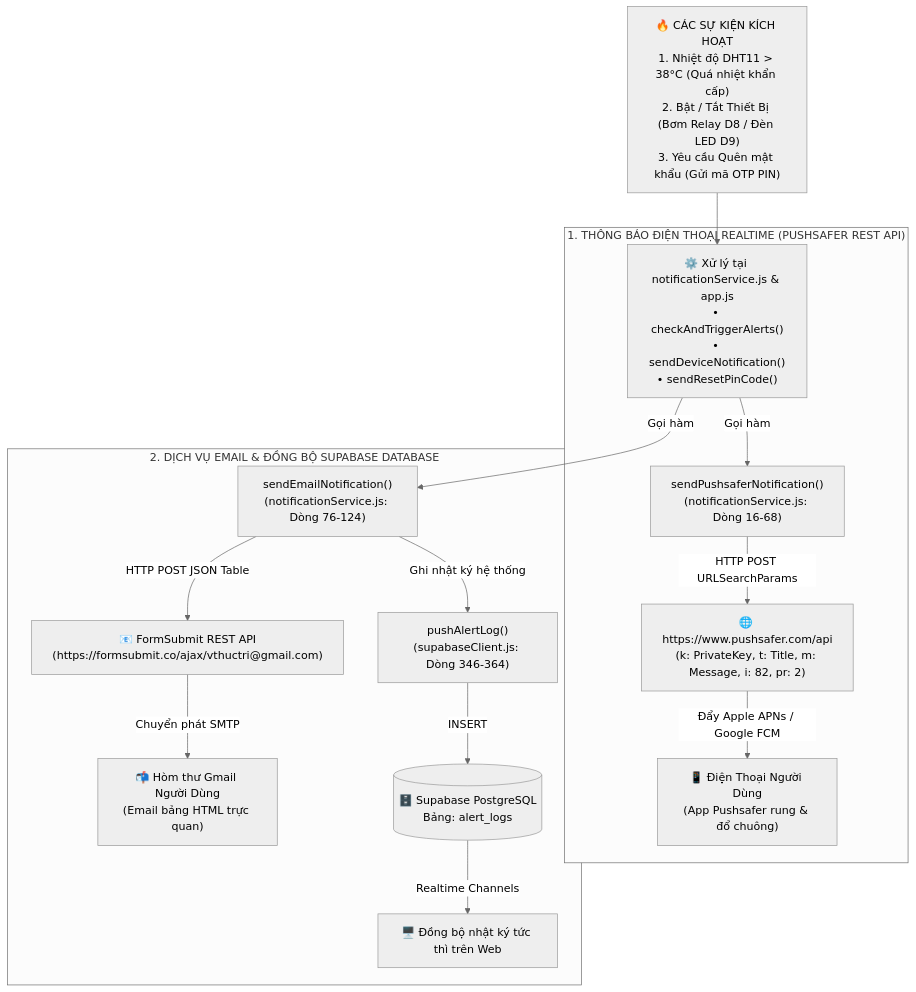
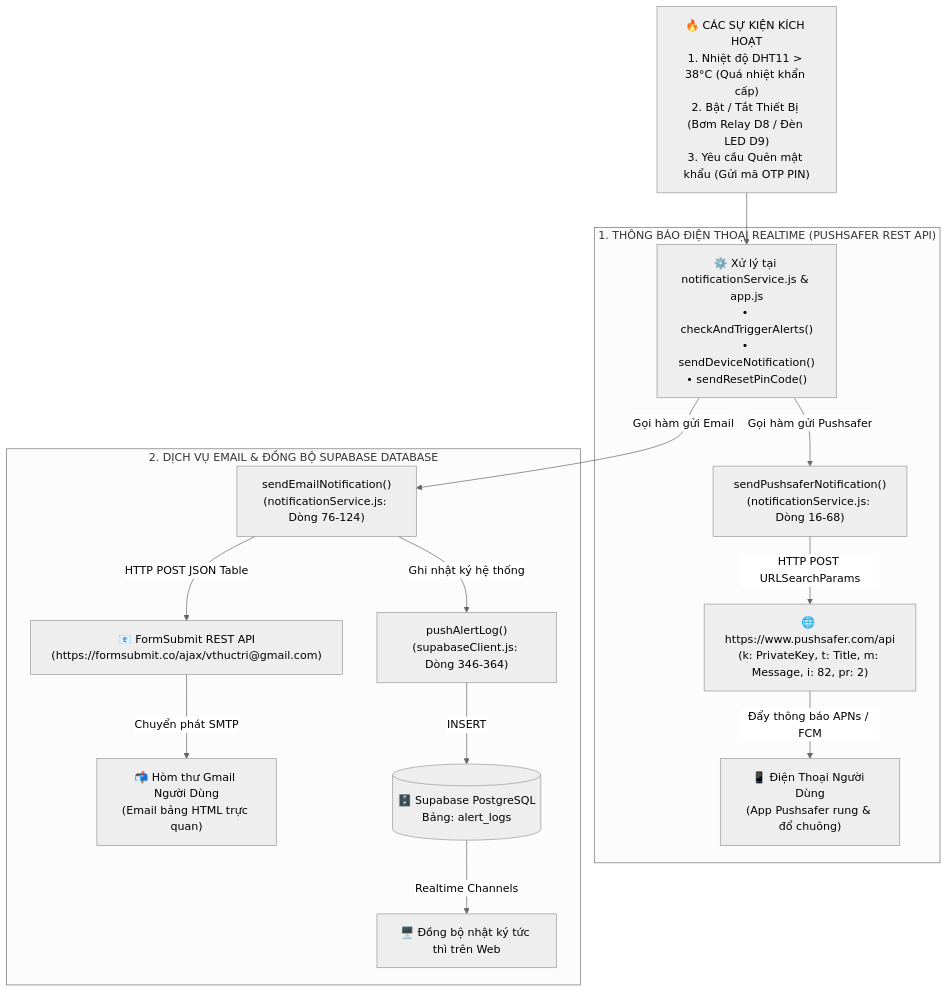
One commit to vothuctri/web_vlcntt changed the third of 4 diagrams in BAO_CAO_FLOW_CODE.md. Above: the diagram before and after it, drawn with Mermaid (neutral theme). The commit also changed other lines of this file, not shown here.

Commit message:
docs: update flow diagram and documentation in BAO_CAO_FLOW_CODE.md

````diff
--- a/BAO_CAO_FLOW_CODE.md
+++ b/BAO_CAO_FLOW_CODE.md
@@ -209,22 +209,22 @@
 ```mermaid
 flowchart TD
     TRIG["🔥 CÁC SỰ KIỆN KÍCH HOẠT<br>1. Nhiệt độ DHT11 > 38°C (Quá nhiệt khẩn cấp)<br>2. Bật / Tắt Thiết Bị (Bơm Relay D8 / Đèn LED D9)<br>3. Yêu cầu Quên mật khẩu (Gửi mã OTP PIN)"] 
     
     TRIG --> PROC["⚙️ Xử lý tại notificationService.js & app.js<br>• checkAndTriggerAlerts()<br>• sendDeviceNotification()<br>• sendResetPinCode()"]
 
     subgraph PUSHSAFER_GATEWAY ["1. THÔNG BÁO ĐIỆN THOẠI REALTIME (PUSHSAFER REST API)"]
-        PROC -->|Gọi hàm| PUSH_FUNC["sendPushsaferNotification()<br>(notificationService.js: Dòng 16-68)"]
-        PUSH_FUNC -->|HTTP POST URLSearchParams| PUSH_API["🌐 https://www.pushsafer.com/api<br>(k: PrivateKey, t: Title, m: Message, i: 82, pr: 2)"]
-        PUSH_API -->|Đẩy Apple APNs / Google FCM| PHONE["📱 Điện Thoại Người Dùng<br>(App Pushsafer rung & đổ chuông)"]
+        PROC -->|"Gọi hàm gửi Pushsafer"| PUSH_FUNC["sendPushsaferNotification()<br>(notificationService.js: Dòng 16-68)"]
+        PUSH_FUNC -->|"HTTP POST URLSearchParams"| PUSH_API["🌐 https://www.pushsafer.com/api<br>(k: PrivateKey, t: Title, m: Message, i: 82, pr: 2)"]
+        PUSH_API -->|"Đẩy thông báo APNs / FCM"| PHONE["📱 Điện Thoại Người Dùng<br>(App Pushsafer rung & đổ chuông)"]
     end
 
     subgraph EMAIL_SUPABASE_GATEWAY ["2. DỊCH VỤ EMAIL & ĐỒNG BỘ SUPABASE DATABASE"]
-        PROC -->|Gọi hàm| MAIL_FUNC["sendEmailNotification()<br>(notificationService.js: Dòng 76-124)"]
-        MAIL_FUNC -->|HTTP POST JSON Table| MAIL_API["📧 FormSubmit REST API<br>(https://formsubmit.co/ajax/vthuctri@gmail.com)"]
-        MAIL_API -->|Chuyển phát SMTP| GMAIL["📬 Hòm thư Gmail Người Dùng<br>(Email bảng HTML trực quan)"]
+        PROC -->|"Gọi hàm gửi Email"| MAIL_FUNC["sendEmailNotification()<br>(notificationService.js: Dòng 76-124)"]
+        MAIL_FUNC -->|"HTTP POST JSON Table"| MAIL_API["📧 FormSubmit REST API<br>(https://formsubmit.co/ajax/vthuctri@gmail.com)"]
+        MAIL_API -->|"Chuyển phát SMTP"| GMAIL["📬 Hòm thư Gmail Người Dùng<br>(Email bảng HTML trực quan)"]
 
-        MAIL_FUNC -->|Ghi nhật ký hệ thống| SP_FUNC["pushAlertLog()<br>(supabaseClient.js: Dòng 346-364)"]
-        SP_FUNC -->|INSERT| SP_DB[("🗄️ Supabase PostgreSQL<br>Bảng: alert_logs")]
-        SP_DB -->|Realtime Channels| TABS["🖥️ Đồng bộ nhật ký tức thì trên Web"]
+        MAIL_FUNC -->|"Ghi nhật ký hệ thống"| SP_FUNC["pushAlertLog()<br>(supabaseClient.js: Dòng 346-364)"]
+        SP_FUNC -->|"INSERT"| SP_DB[("🗄️ Supabase PostgreSQL<br>Bảng: alert_logs")]
+        SP_DB -->|"Realtime Channels"| TABS["🖥️ Đồng bộ nhật ký tức thì trên Web"]
     end
 ```
````
